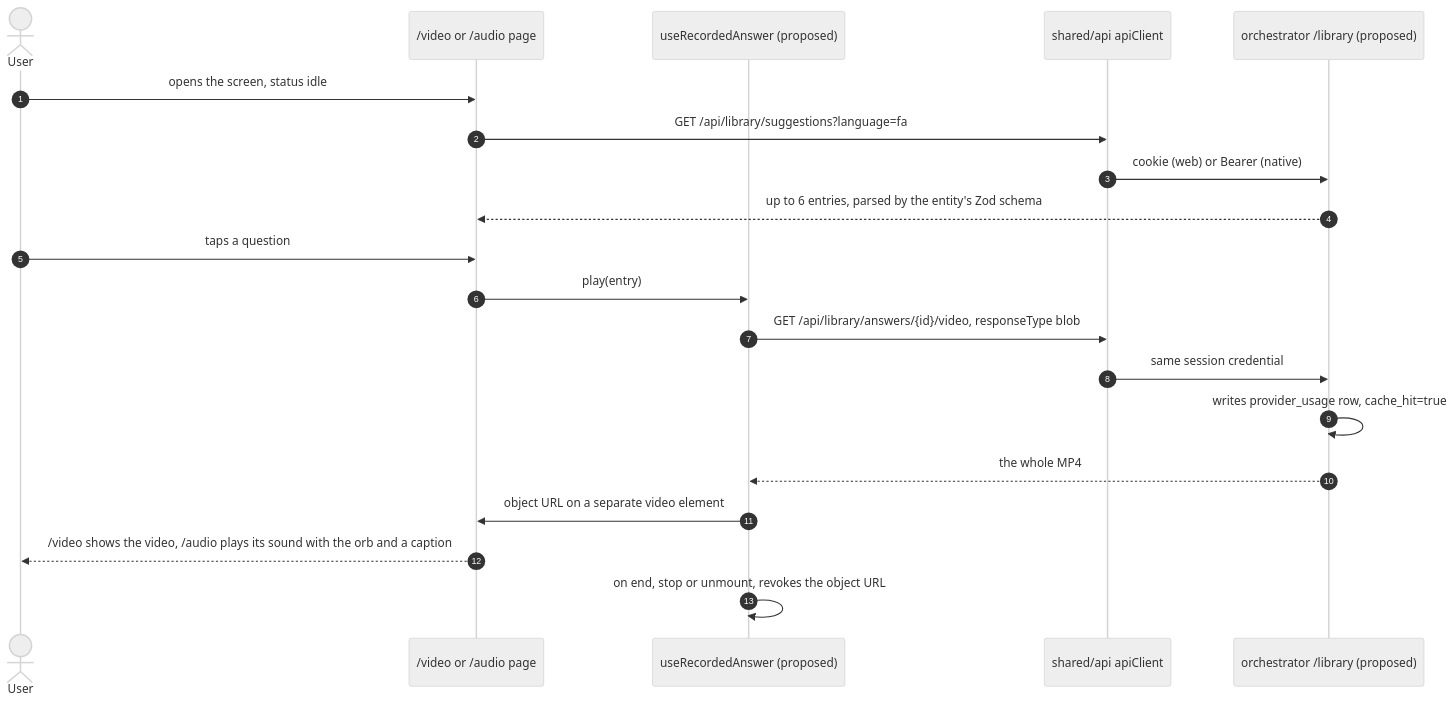
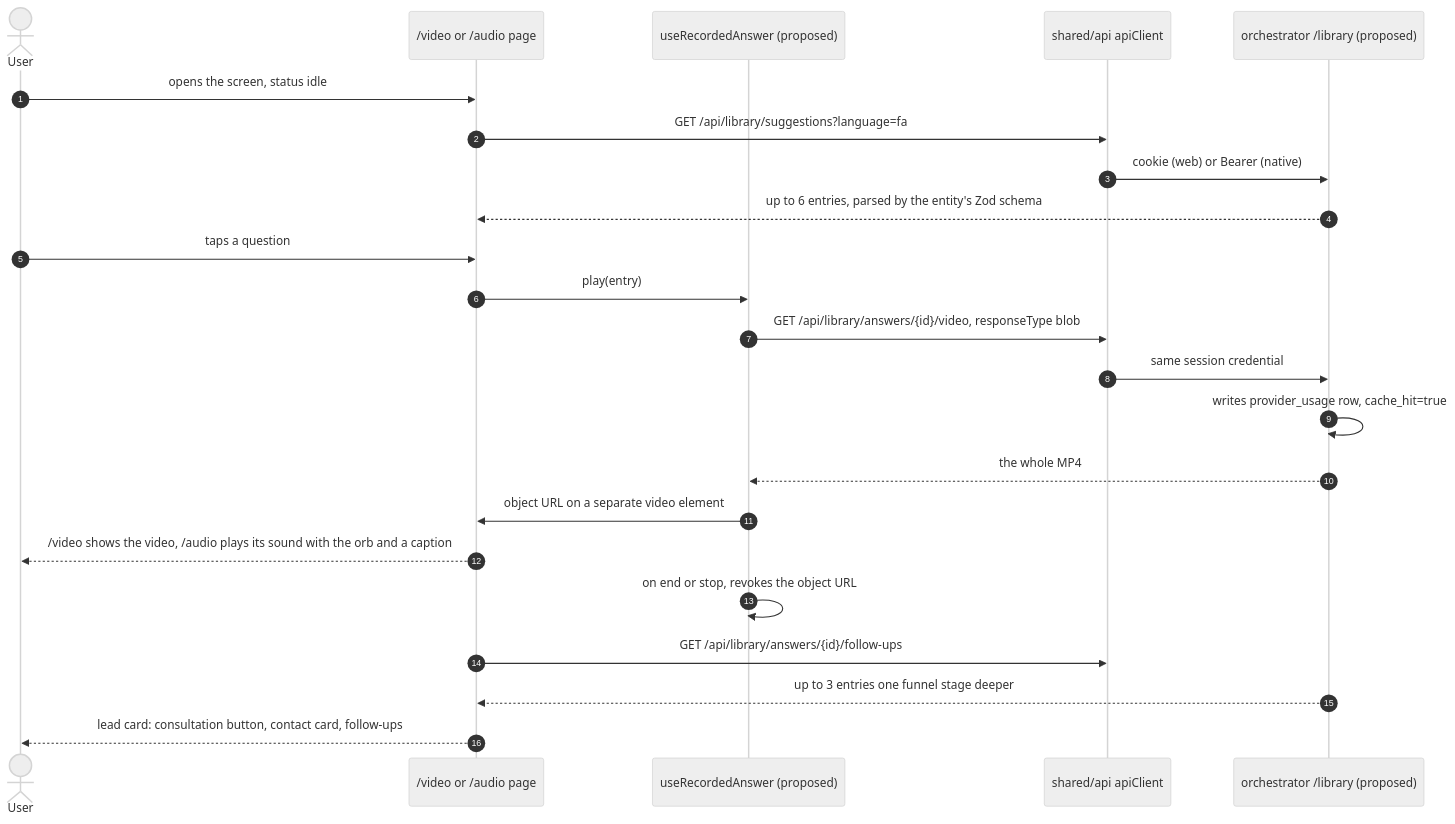
The first of 3 diagrams in docs/features/response-caching/SPEC.md (Kohandezh/kohandezh-live-avatar), drawn with Mermaid (neutral theme) before and after one commit. The commit also changed other lines of this file and 1 other file, not shown here.

First line of the commit message:
docs(assistant): add the entry lifecycle, two-source import and lead card

````diff
--- a/docs/features/response-caching/SPEC.md
+++ b/docs/features/response-caching/SPEC.md
@@ -127,22 +162,25 @@
 ```mermaid
 sequenceDiagram
     autonumber
     actor U as User
     participant P as /video or /audio page
     participant H as useRecordedAnswer (proposed)
     participant C as shared/api apiClient
     participant B as orchestrator /library (proposed)
     U->>P: opens the screen, status idle
     P->>C: GET /api/library/suggestions?language=fa
     C->>B: cookie (web) or Bearer (native)
     B-->>P: up to 6 entries, parsed by the entity's Zod schema
     U->>P: taps a question
     P->>H: play(entry)
     H->>C: GET /api/library/answers/{id}/video, responseType blob
     C->>B: same session credential
     B->>B: writes provider_usage row, cache_hit=true
     B-->>H: the whole MP4
     H->>P: object URL on a separate video element
     P-->>U: /video shows the video, /audio plays its sound with the orb and a caption
-    H->>H: on end, stop or unmount, revokes the object URL
+    H->>H: on end or stop, revokes the object URL
+    P->>C: GET /api/library/answers/{id}/follow-ups
+    B-->>P: up to 3 entries one funnel stage deeper
+    P-->>U: lead card: consultation button, contact card, follow-ups
 ```
````
